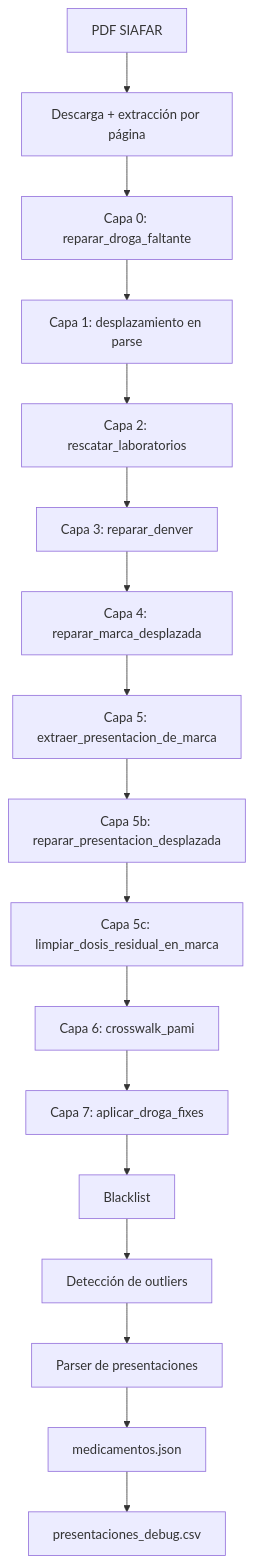
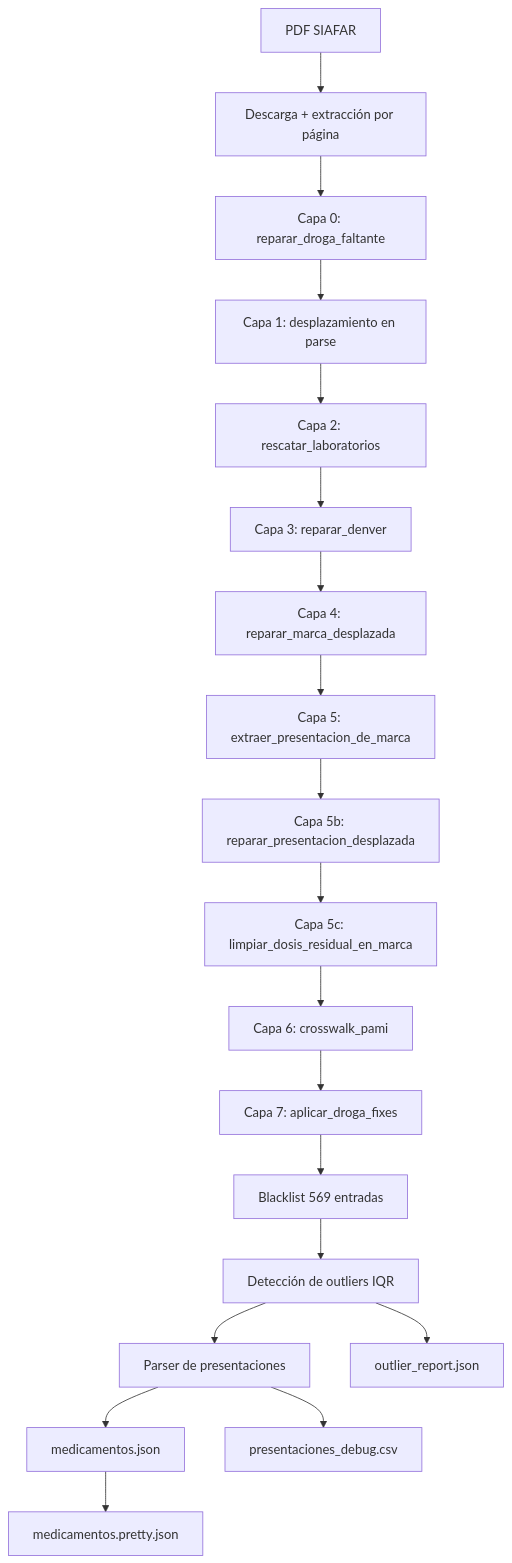
The fourth of 9 diagrams in README.md (psbella/remediar), drawn with Mermaid before and after one commit. The commit also changed other lines of this file, not shown here.

````diff
--- a/README.md
+++ b/README.md
@@ -890,36 +835,42 @@
 ```mermaid
 flowchart TD
 
     A[PDF SIAFAR]
     B[Descarga + extracción por página]
     C0[Capa 0: reparar_droga_faltante]
     C1[Capa 1: desplazamiento en parse]
     C2[Capa 2: rescatar_laboratorios]
     C3[Capa 3: reparar_denver]
     C4[Capa 4: reparar_marca_desplazada]
     C5[Capa 5: extraer_presentacion_de_marca]
     C5B[Capa 5b: reparar_presentacion_desplazada]
     C5C[Capa 5c: limpiar_dosis_residual_en_marca]
     C6[Capa 6: crosswalk_pami]
     C7[Capa 7: aplicar_droga_fixes]
-    BL[Blacklist]
-    OUT[Detección de outliers]
+    BL[Blacklist 569 entradas]
+    OUT[Detección de outliers IQR]
+    PRES[Parser de presentaciones]
     JSON[medicamentos.json]
+    PRETTY[medicamentos.pretty.json]
+    DEBUG[presentaciones_debug.csv]
+    REPORT[outlier_report.json]
 
     A --> B
     B --> C0
     C0 --> C1
     C1 --> C2
     C2 --> C3
     C3 --> C4
     C4 --> C5
     C5 --> C5B
     C5B --> C5C
     C5C --> C6
     C6 --> C7
     C7 --> BL
     BL --> OUT
-    OUT --> PRES[Parser de presentaciones]
+    OUT --> PRES
     PRES --> JSON
-    JSON --> DEBUG[presentaciones_debug.csv]
+    JSON --> PRETTY
+    PRES --> DEBUG
+    OUT --> REPORT
 ```
````
